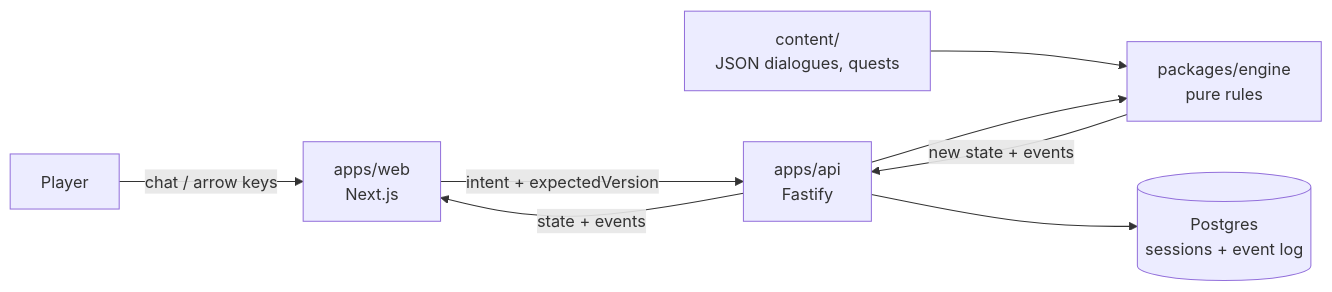
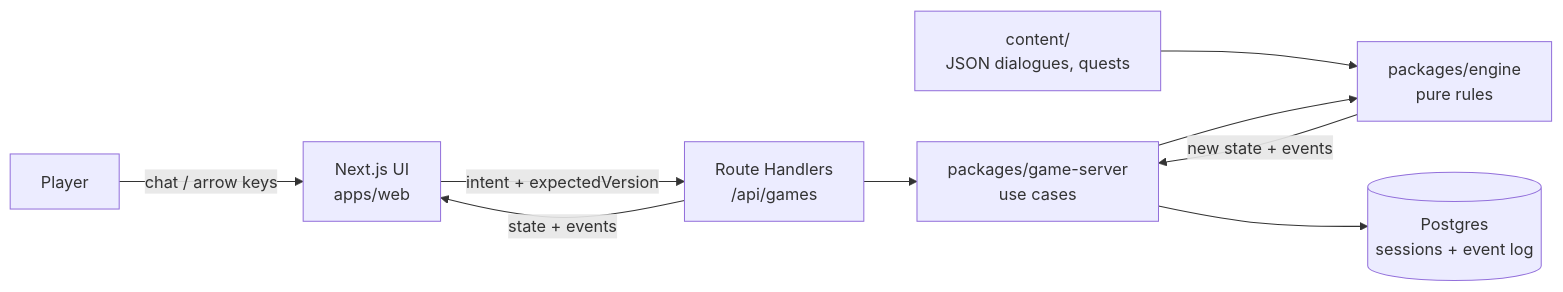
The diagram in README.md (jk-slezak/Grunberg), drawn with Mermaid before and after one commit. The commit also changed other lines of this file and 135 other files, not shown here.

````diff
--- a/README.md
+++ b/README.md
@@ -15,10 +15,11 @@
 ```mermaid
 flowchart LR
-  P[Player] -->|chat / arrow keys| W[apps/web<br/>Next.js]
-  W -->|intent + expectedVersion| A[apps/api<br/>Fastify]
+  P[Player] -->|chat / arrow keys| W[Next.js UI<br/>apps/web]
+  W -->|intent + expectedVersion| R[Route Handlers<br/>/api/games]
+  R --> S[packages/game-server<br/>use cases]
   C[content/<br/>JSON dialogues, quests] --> E
-  A --> E[packages/engine<br/>pure rules]
-  E -->|new state + events| A
-  A --> D[(Postgres<br/>sessions + event log)]
-  A -->|state + events| W
+  S --> E[packages/engine<br/>pure rules]
+  E -->|new state + events| S
+  S --> D[(Postgres<br/>sessions + event log)]
+  R -->|state + events| W
 ```
````
